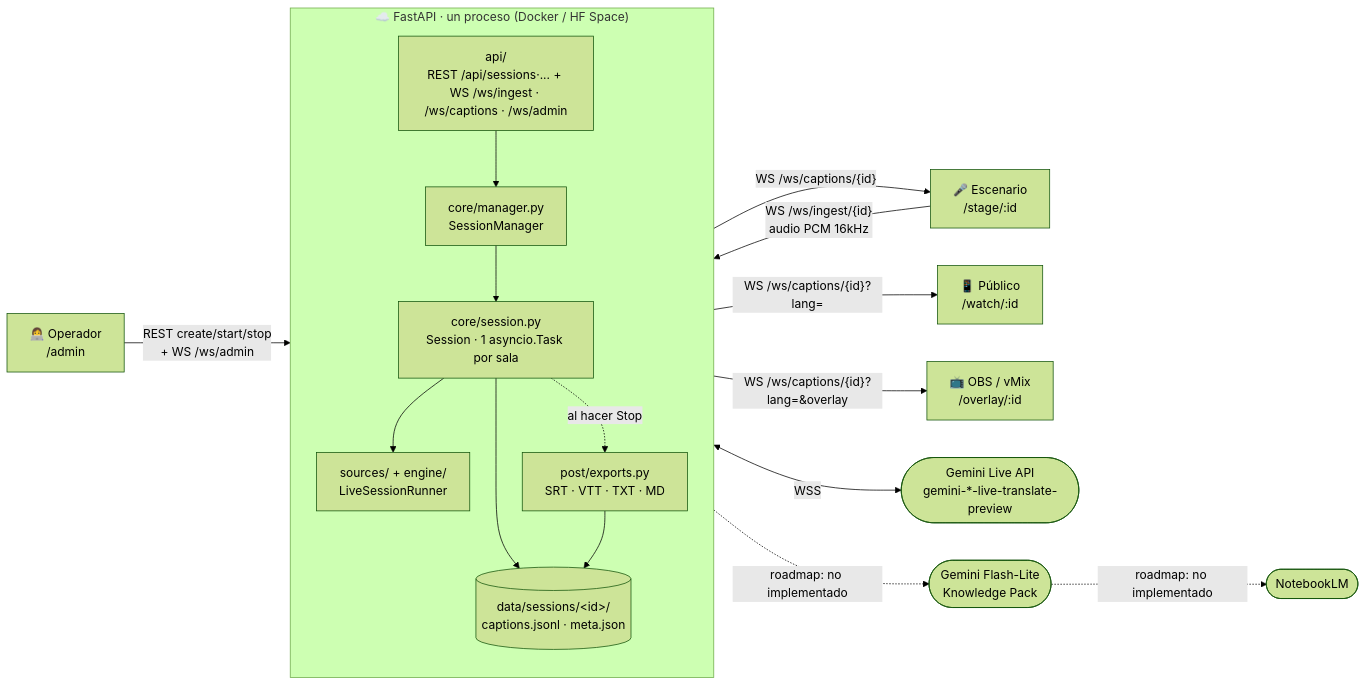
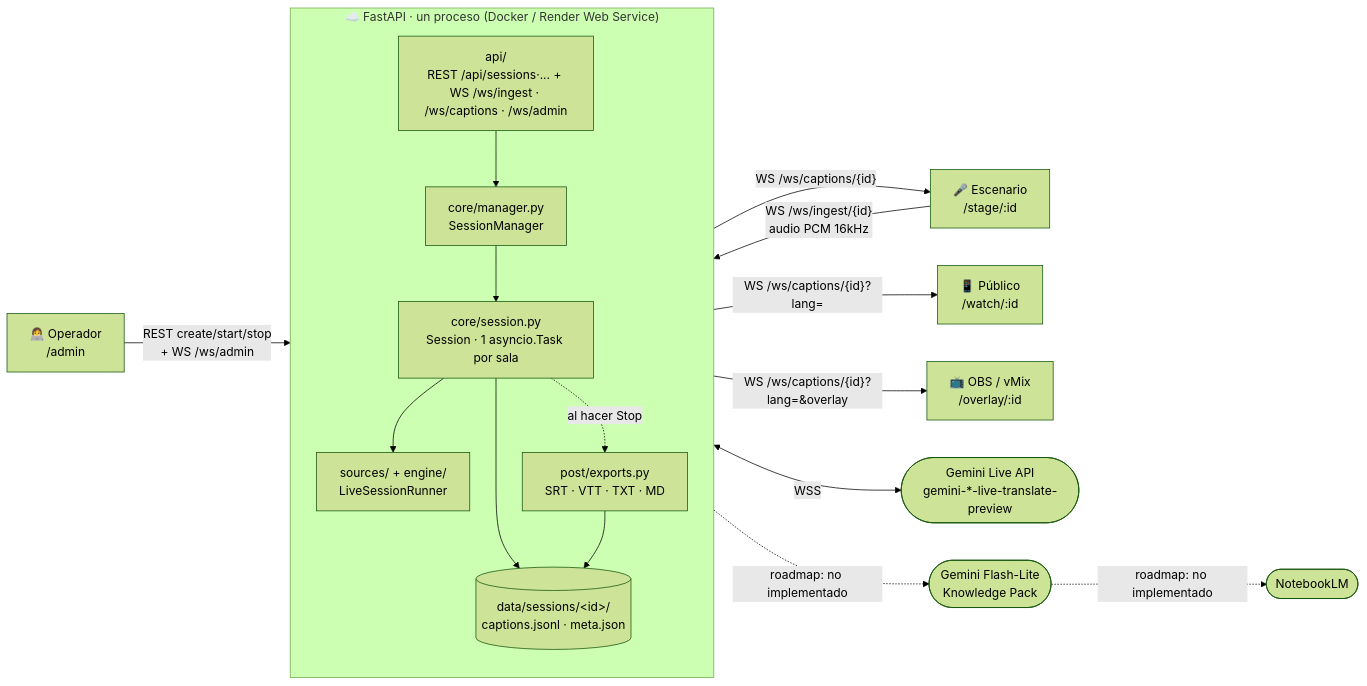
One commit to valentinnavalos/nerdearla-hackathon-2026 changed the first of 3 diagrams in README.md. Above: the diagram before and after it, drawn with Mermaid (forest theme). The commit also changed other lines of this file, not shown here.

First line of the commit message:
docs: actualizo README para reflejar deploy en Render y estado real del código

````diff
--- a/README.md
+++ b/README.md
@@ -65,34 +58,34 @@
 ```mermaid
 flowchart LR
   OP["👩‍💻 Operador<br/>/admin"]
   STG["🎤 Escenario<br/>/stage/:id"]
   WATCH["📱 Público<br/>/watch/:id"]
   OVER["📺 OBS / vMix<br/>/overlay/:id"]
 
-  subgraph APP["☁️ FastAPI · un proceso (Docker / HF Space)"]
+  subgraph APP["☁️ FastAPI · un proceso (Docker / Render Web Service)"]
     direction TB
     API["api/<br/>REST /api/sessions·... + WS /ws/ingest · /ws/captions · /ws/admin"]
     MGR["core/manager.py<br/>SessionManager"]
     SES["core/session.py<br/>Session · 1 asyncio.Task por sala"]
     PIPE["sources/ + engine/<br/>LiveSessionRunner"]
     POST["post/exports.py<br/>SRT · VTT · TXT · MD"]
     DATA[("data/sessions/&lt;id&gt;/<br/>captions.jsonl · meta.json")]
 
     API --> MGR --> SES --> PIPE
     SES --> DATA
     SES -.->|"al hacer Stop"| POST --> DATA
   end
 
   GEM(["Gemini Live API<br/>gemini-*-live-translate-preview"])
   FLASH(["Gemini Flash-Lite<br/>Knowledge Pack"])
   NB(["NotebookLM"])
 
   STG -->|"WS /ws/ingest/{id}<br/>audio PCM 16kHz"| API
   API -->|"WS /ws/captions/{id}"| STG
   OP -->|"REST create/start/stop<br/>+ WS /ws/admin"| API
   API -->|"WS /ws/captions/{id}?lang="| WATCH
   API -->|"WS /ws/captions/{id}?lang=&overlay"| OVER
   PIPE <-->|"WSS"| GEM
   POST -.->|"roadmap: no implementado"| FLASH
   FLASH -.->|"roadmap: no implementado"| NB
 ```
````
